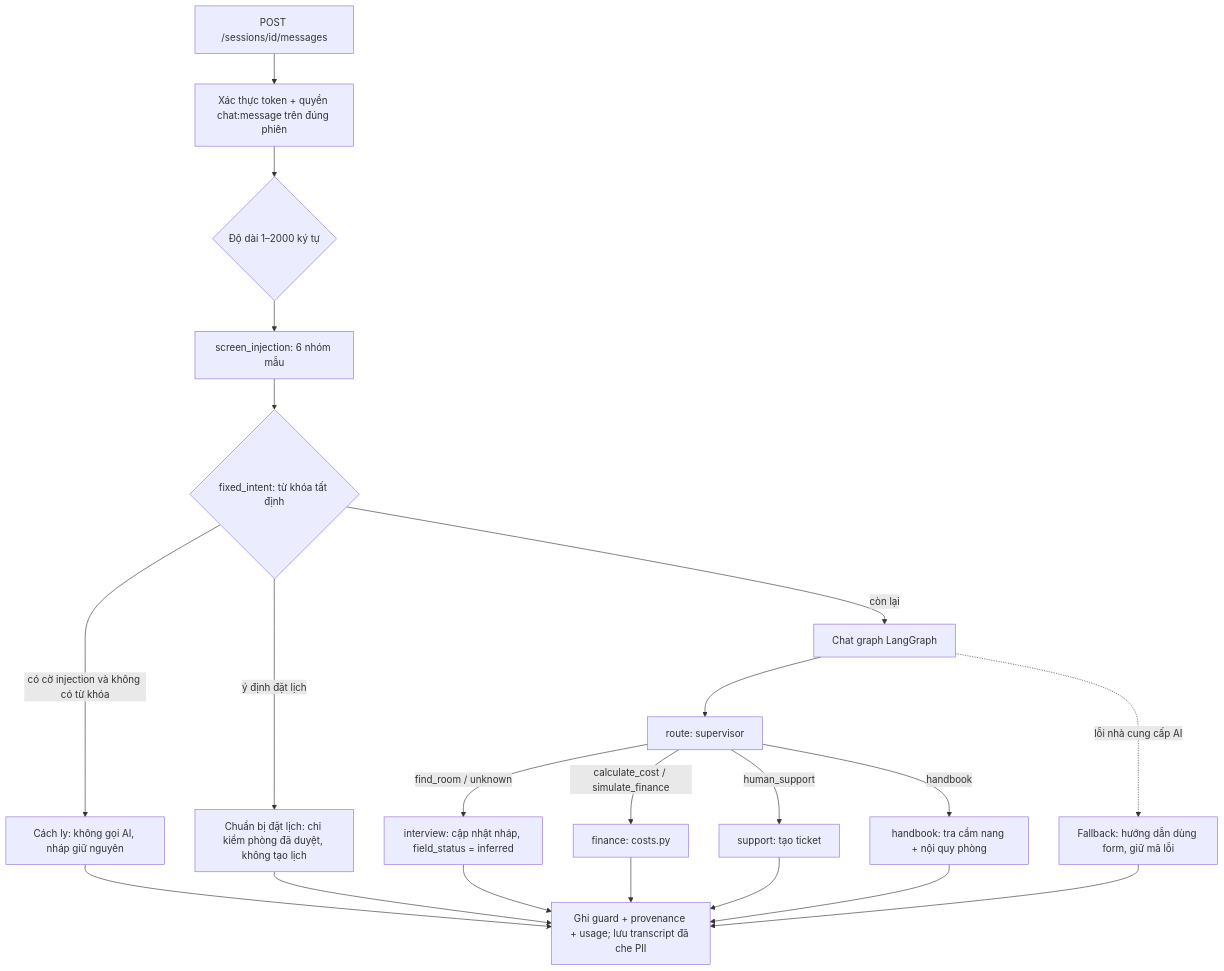
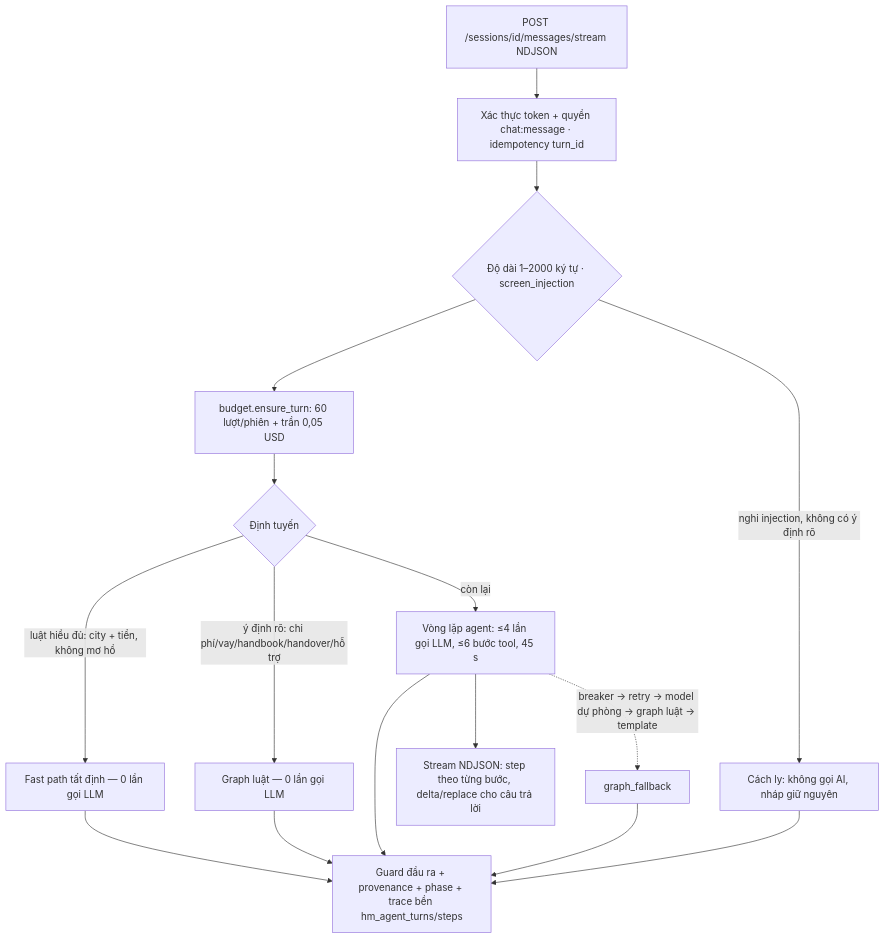
Before and after one commit to RealQuangSon/KLTN_NguyenQuangSon: the diagram in docs/nghiep-vu-va-harness.md, drawn with Mermaid. The commit also changed other lines of this file and 4 other files, not shown here.

Commit message:
docs: viết lại tài liệu kiến trúc agent và harness cho luận văn (HN-12)

````diff
--- a/docs/nghiep-vu-va-harness.md
+++ b/docs/nghiep-vu-va-harness.md
@@ -70,18 +72,16 @@
 ```mermaid
 flowchart TD
-  A[POST /sessions/id/messages] --> B[Xác thực token + quyền chat:message trên đúng phiên]
-  B --> C{Độ dài 1–2000 ký tự}
-  C --> D[screen_injection: 6 nhóm mẫu]
-  D --> E{fixed_intent: từ khóa tất định}
-  E -->|có cờ injection và không có từ khóa| Q[Cách ly: không gọi AI, nháp giữ nguyên]
-  E -->|ý định đặt lịch| V[Chuẩn bị đặt lịch: chỉ kiểm phòng đã duyệt, không tạo lịch]
-  E -->|còn lại| G[Chat graph LangGraph]
-  G --> R[route: supervisor]
-  R -->|find_room / unknown| I[interview: cập nhật nháp, field_status = inferred]
-  R -->|calculate_cost / simulate_finance| F[finance: costs.py]
-  R -->|human_support| S[support: tạo ticket]
-  R -->|handbook| H[handbook: tra cẩm nang + nội quy phòng]
-  Q & V & I & F & S & H --> T[Ghi guard + provenance + usage; lưu transcript đã che PII]
-  G -. lỗi nhà cung cấp AI .-> P[Fallback: hướng dẫn dùng form, giữ mã lỗi]
+  A[POST /sessions/id/messages/stream NDJSON] --> B[Xác thực token + quyền chat:message · idempotency turn_id]
+  B --> C{Độ dài 1–2000 ký tự · screen_injection}
+  C -->|nghi injection, không có ý định rõ| Q[Cách ly: không gọi AI, nháp giữ nguyên]
+  C --> D[budget.ensure_turn: 60 lượt/phiên + trần 0,05 USD]
+  D --> E{Định tuyến}
+  E -->|ý định rõ: chi phí/vay/handbook/handover/hỗ trợ| L[Graph luật — 0 lần gọi LLM]
+  E -->|luật hiểu đủ: city + tiền, không mơ hồ| F[Fast path tất định — 0 lần gọi LLM]
+  E -->|còn lại| G[Vòng lặp agent: ≤4 lần gọi LLM, ≤6 bước tool, 45 s]
+  G --> S[Stream NDJSON: step theo từng bước, delta/replace cho câu trả lời]
+  F & L & G --> T[Guard đầu ra + provenance + phase + trace bền hm_agent_turns/steps]
+  G -. breaker → retry → model dự phòng → graph luật → template .-> P[graph_fallback]
   P --> T
+  Q --> T
 ```
````
